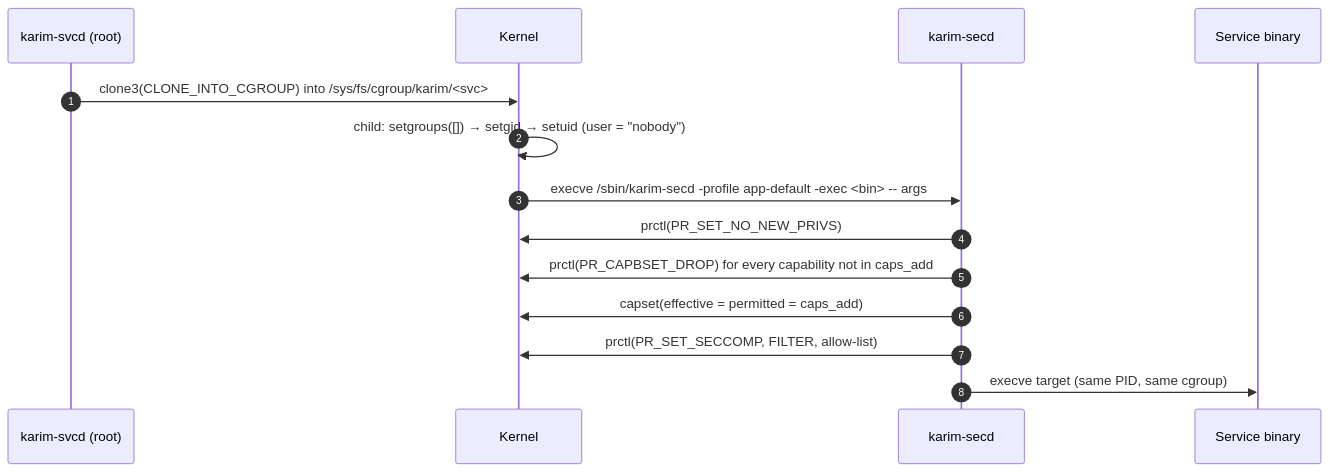
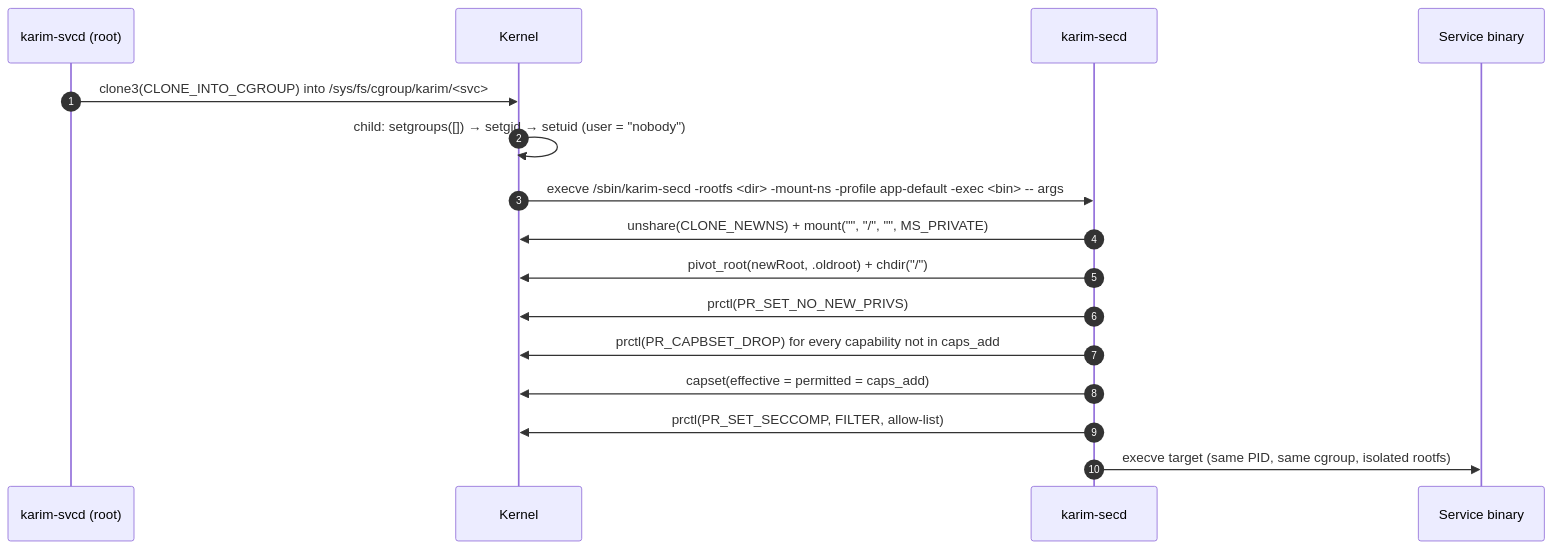
One commit to AboEl3iz/A-from-scratch-Linux-userspace-distribution-for-MicroVM changed the diagram in docs-site/src/content/subsystems/security.mdx. Above: the diagram before and after it, drawn with Mermaid. The commit also changed other lines of this file and 5 other files, not shown here.

````diff
--- a/docs-site/src/content/subsystems/security.mdx
+++ b/docs-site/src/content/subsystems/security.mdx
@@ -17,16 +18,18 @@
 ```mermaid
 sequenceDiagram
   autonumber
   participant S as karim-svcd (root)
   participant K as Kernel
   participant D as karim-secd
   participant T as Service binary
   S->>K: clone3(CLONE_INTO_CGROUP) into /sys/fs/cgroup/karim/<svc>
   K->>K: child: setgroups([]) → setgid → setuid (user = "nobody")
-  K->>D: execve /sbin/karim-secd -profile app-default -exec <bin> -- args
+  K->>D: execve /sbin/karim-secd -rootfs <dir> -mount-ns -profile app-default -exec <bin> -- args
+  D->>K: unshare(CLONE_NEWNS) + mount("", "/", "", MS_PRIVATE)
+  D->>K: pivot_root(newRoot, .oldroot) + chdir("/")
   D->>K: prctl(PR_SET_NO_NEW_PRIVS)
   D->>K: prctl(PR_CAPBSET_DROP) for every capability not in caps_add
   D->>K: capset(effective = permitted = caps_add)
   D->>K: prctl(PR_SET_SECCOMP, FILTER, allow-list)
-  D->>T: execve target (same PID, same cgroup)
+  D->>T: execve target (same PID, same cgroup, isolated rootfs)
 ```
````
